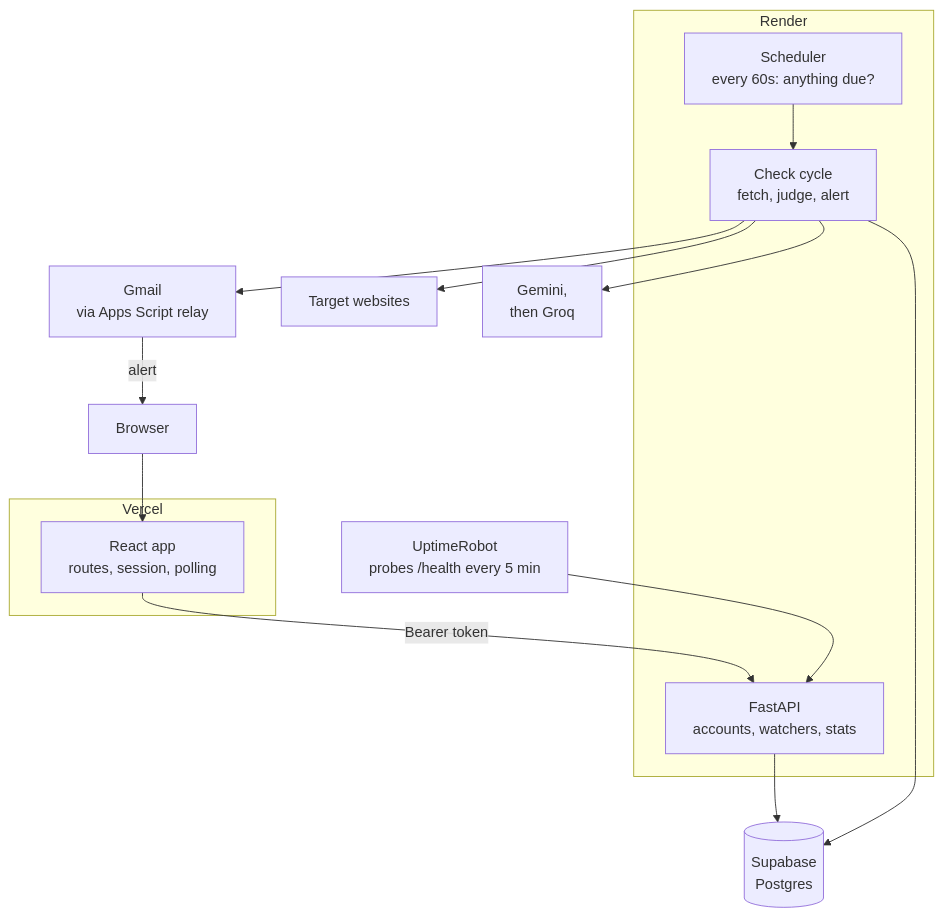
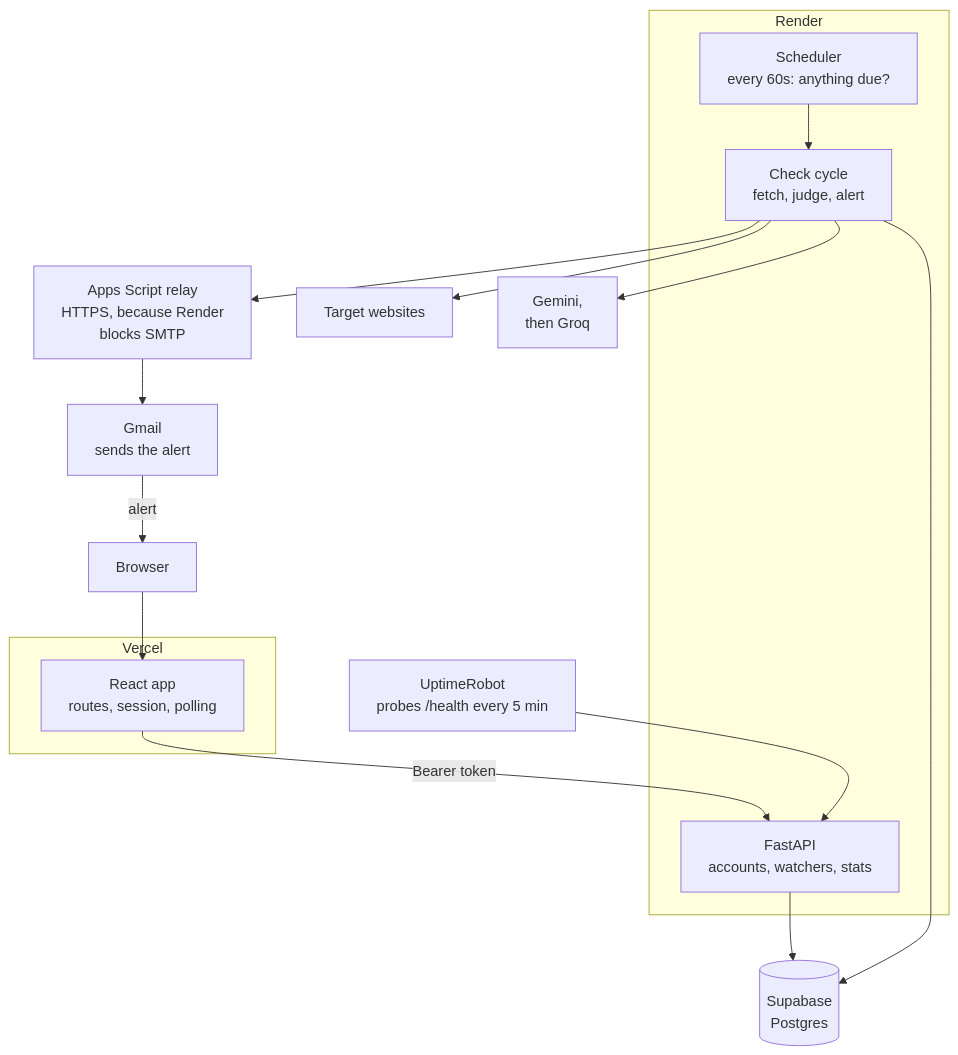
The second of 2 diagrams in README.md (Ahsan-20/Argus), drawn with Mermaid before and after one commit. The commit also changed other lines of this file and 1 other file, not shown here.

First line of the commit message:
Record how alerts get out of a host that blocks email

````diff
--- a/README.md
+++ b/README.md
@@ -593,31 +593,33 @@
 ```mermaid
 flowchart TB
     USER["Browser"]
     MON["UptimeRobot<br/>probes /health every 5 min"]
 
     subgraph VERCEL["Vercel"]
         FE["React app<br/>routes, session, polling"]
     end
 
     subgraph RENDER["Render"]
         API["FastAPI<br/>accounts, watchers, stats"]
         SCHED["Scheduler<br/>every 60s: anything due?"]
         TICK["Check cycle<br/>fetch, judge, alert"]
     end
 
     DB[("Supabase<br/>Postgres")]
     SITES["Target websites"]
     AI["Gemini,<br/>then Groq"]
-    MAIL["Gmail<br/>via Apps Script relay"]
+    RELAY["Apps Script relay<br/>HTTPS, because Render<br/>blocks SMTP"]
+    MAIL["Gmail<br/>sends the alert"]
 
     USER --> FE
     FE -- "Bearer token" --> API
     MON --> API
     API --> DB
     SCHED --> TICK
     TICK --> DB
     TICK --> SITES
     TICK --> AI
-    TICK --> MAIL
+    TICK --> RELAY
+    RELAY --> MAIL
     MAIL -- "alert" --> USER
 ```
````
